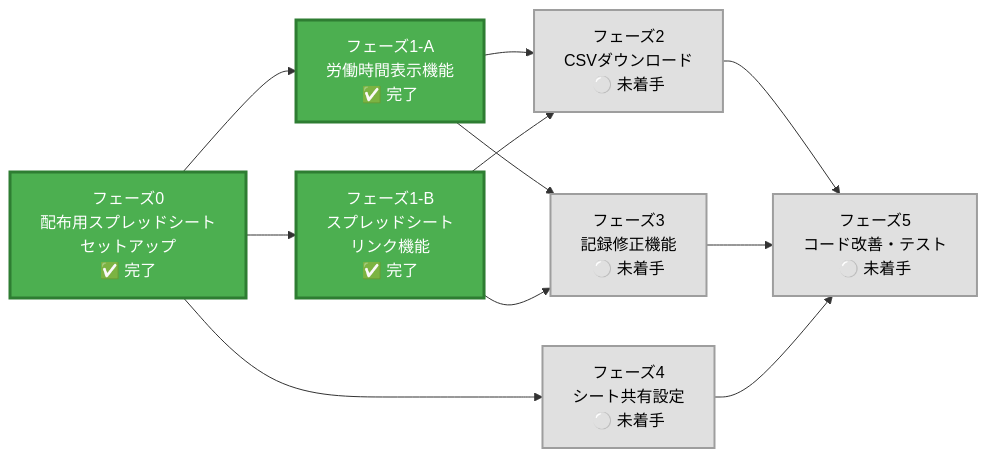
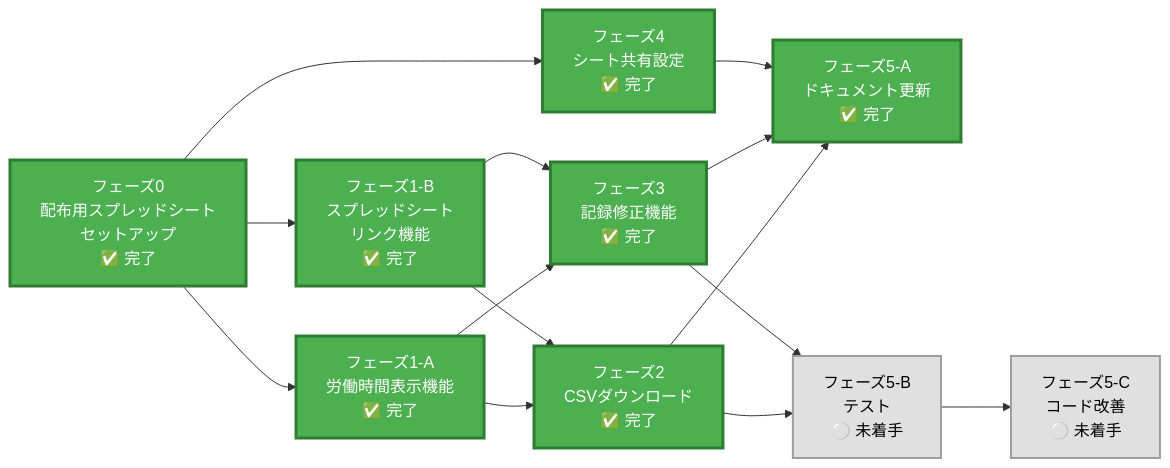
One commit to KazukiUrano/- changed the first of 2 diagrams in TODO.md. Above: the diagram before and after it, drawn with Mermaid. The commit also changed other lines of this file and 3 other files, not shown here.

````diff
--- a/TODO.md
+++ b/TODO.md
@@ -8,38 +8,46 @@
 ```mermaid
 graph LR
     %% 第1層: フェーズ0
     P0[フェーズ0<br/>配布用スプレッドシート<br/>セットアップ<br/>✅ 完了]
     
     %% 第2層: フェーズ1（AとBは並列実行可能）
     P1A[フェーズ1-A<br/>労働時間表示機能<br/>✅ 完了]
     P1B[フェーズ1-B<br/>スプレッドシート<br/>リンク機能<br/>✅ 完了]
-    P4[フェーズ4<br/>シート共有設定<br/>⚪ 未着手]
+    P4[フェーズ4<br/>シート共有設定<br/>✅ 完了]
     
     %% 第3層: フェーズ2, 3（フェーズ1完了後）
-    P2[フェーズ2<br/>CSVダウンロード<br/>⚪ 未着手]
-    P3[フェーズ3<br/>記録修正機能<br/>⚪ 未着手]
+    P2[フェーズ2<br/>CSVダウンロード<br/>✅ 完了]
+    P3[フェーズ3<br/>記録修正機能<br/>✅ 完了]
     
-    %% 第4層: フェーズ5（最終）
-    P5[フェーズ5<br/>コード改善・テスト<br/>⚪ 未着手]
+    %% 第4層: フェーズ5（並列実行可能な部分）
+    P5A[フェーズ5-A<br/>ドキュメント更新<br/>✅ 完了]
+    P5B[フェーズ5-B<br/>テスト<br/>⚪ 未着手]
+    
+    %% 第5層: フェーズ5-C（テスト完了後）
+    P5C[フェーズ5-C<br/>コード改善<br/>⚪ 未着手]
     
     %% 依存関係（左から右へ）
     P0 --> P1A
     P0 --> P1B
     P0 --> P4
     
     P1A --> P2
     P1A --> P3
     P1B --> P2
     P1B --> P3
     
-    P2 --> P5
-    P3 --> P5
-    P4 --> P5
+    P2 --> P5A
+    P2 --> P5B
+    P3 --> P5A
+    P3 --> P5B
+    P4 --> P5A
+    
+    P5B --> P5C
     
     %% スタイル設定
     classDef completed fill:#4CAF50,stroke:#2E7D32,stroke-width:3px,color:#fff
     classDef notStarted fill:#E0E0E0,stroke:#9E9E9E,stroke-width:2px,color:#000
     
-    class P0,P1A,P1B completed
-    class P2,P3,P4,P5 notStarted
+    class P0,P1A,P1B,P2,P3,P4,P5A completed
+    class P5B,P5C notStarted
 ```
````
